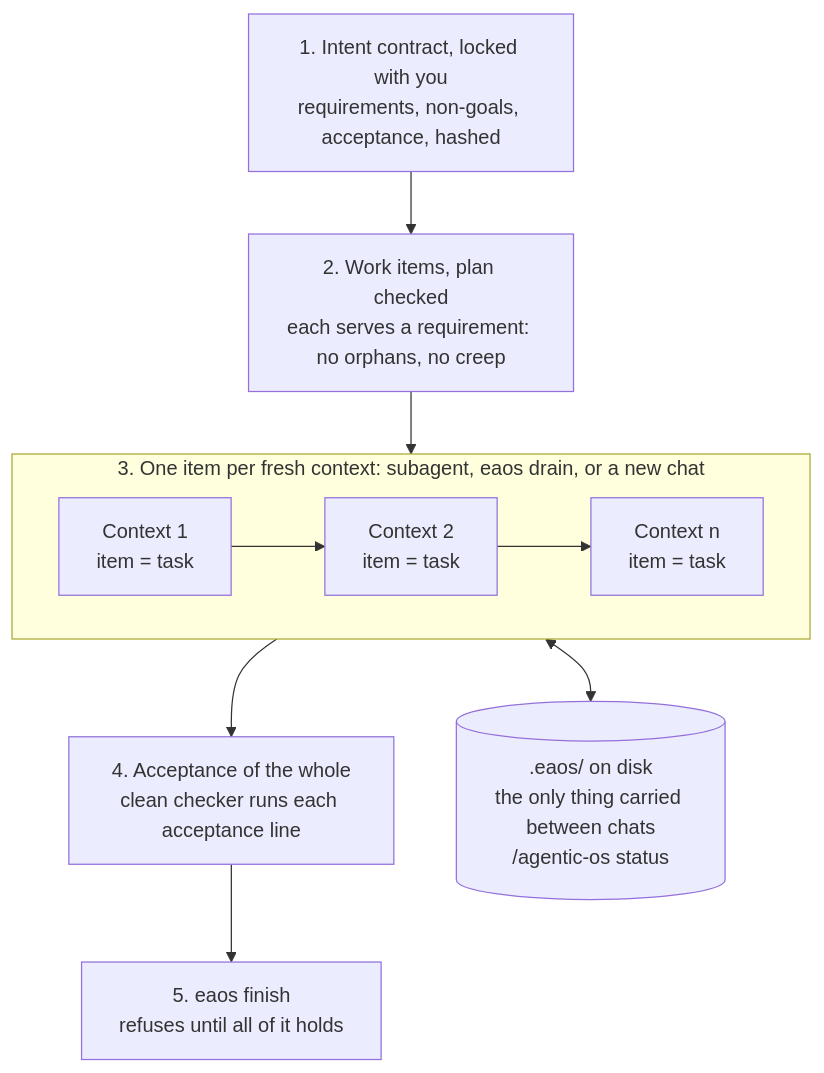
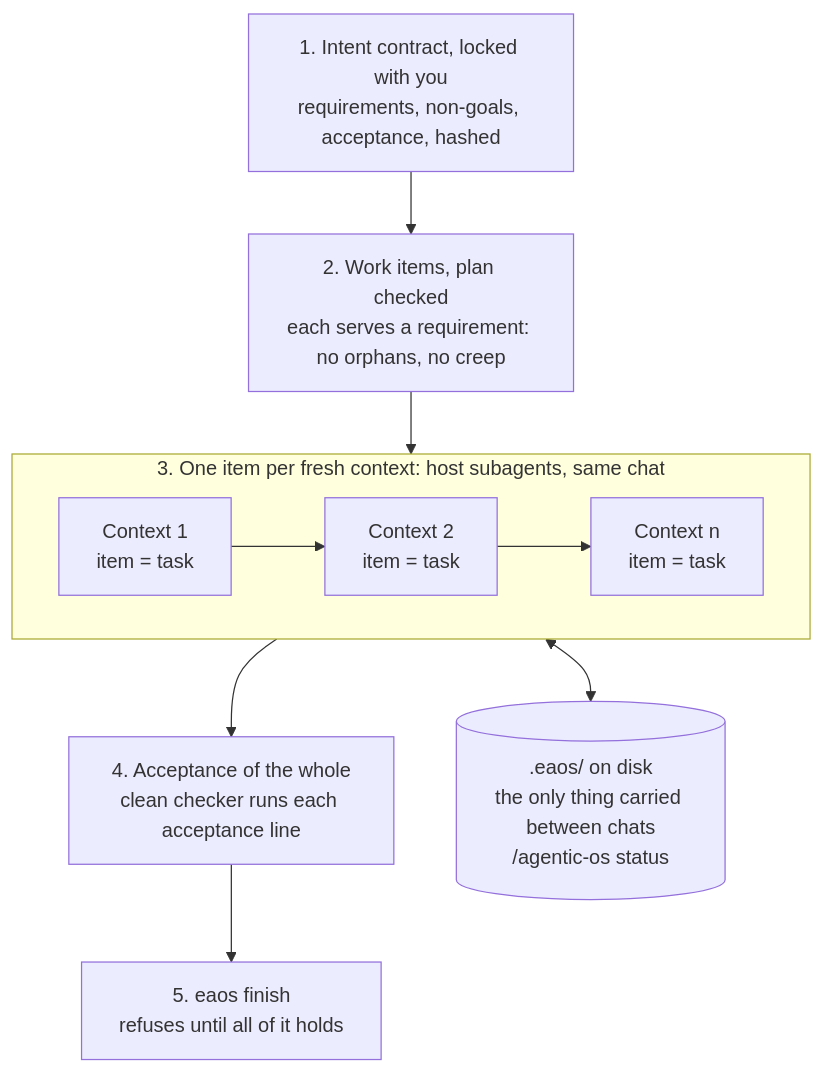
The third of 3 diagrams in README.md (AmbitiousSam/eng-agent-os), drawn with Mermaid before and after one commit. The commit also changed other lines of this file and 17 other files, not shown here.

First line of the commit message:
refactor: hosts own their subagents — remove headless checker, drain, paste packet (v4.5.0)

````diff
--- a/README.md
+++ b/README.md
@@ -142,12 +139,12 @@
 ```mermaid
 flowchart TD
     g1["1. Intent contract, locked with you<br/>requirements, non-goals, acceptance, hashed"] --> g2["2. Work items, plan checked<br/>each serves a requirement: no orphans, no creep"]
     g2 --> g3
-    subgraph g3["3. One item per fresh context: subagent, eaos drain, or a new chat"]
+    subgraph g3["3. One item per fresh context: host subagents, same chat"]
         direction LR
         c1["Context 1<br/>item = task"] --> c2["Context 2<br/>item = task"] --> c3["Context n<br/>item = task"]
     end
     g3 --> g4["4. Acceptance of the whole<br/>clean checker runs each acceptance line"]
     g4 --> g5["5. eaos finish<br/>refuses until all of it holds"]
     g3 <--> disk[(".eaos/ on disk<br/>the only thing carried between chats<br/>/agentic-os status")]
 ```
````
